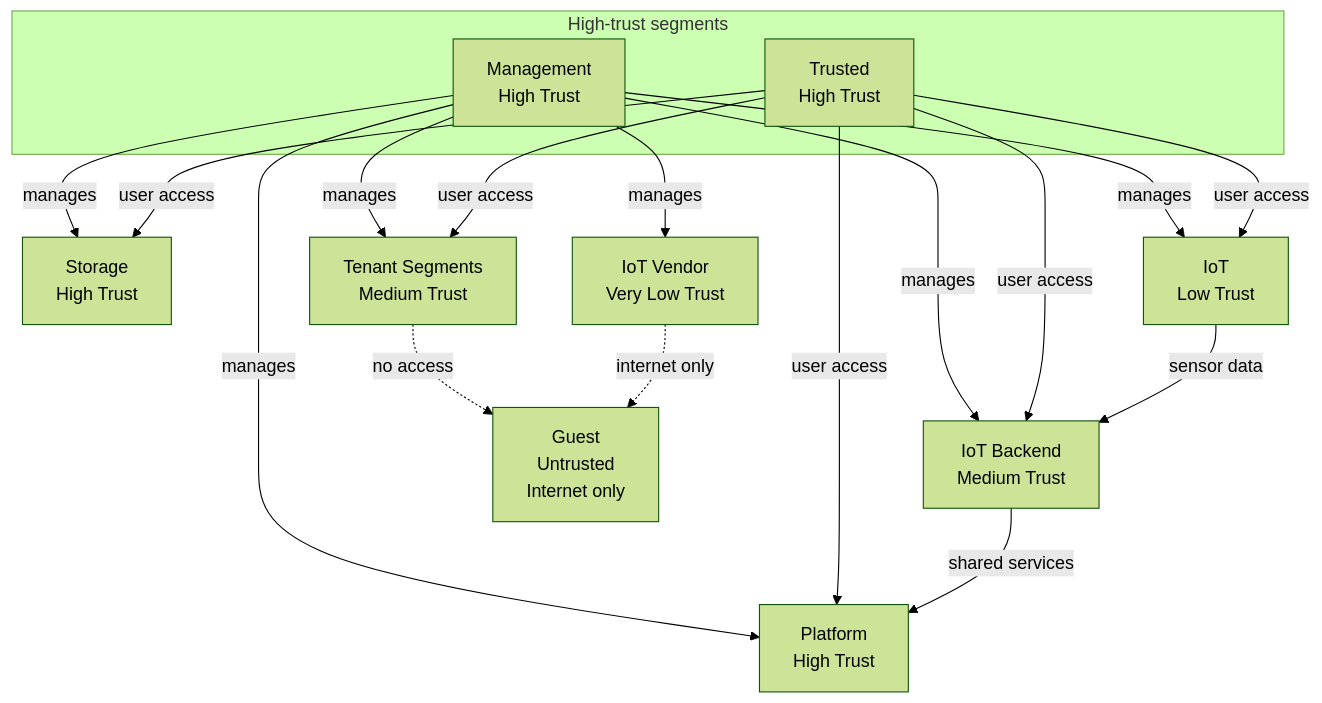
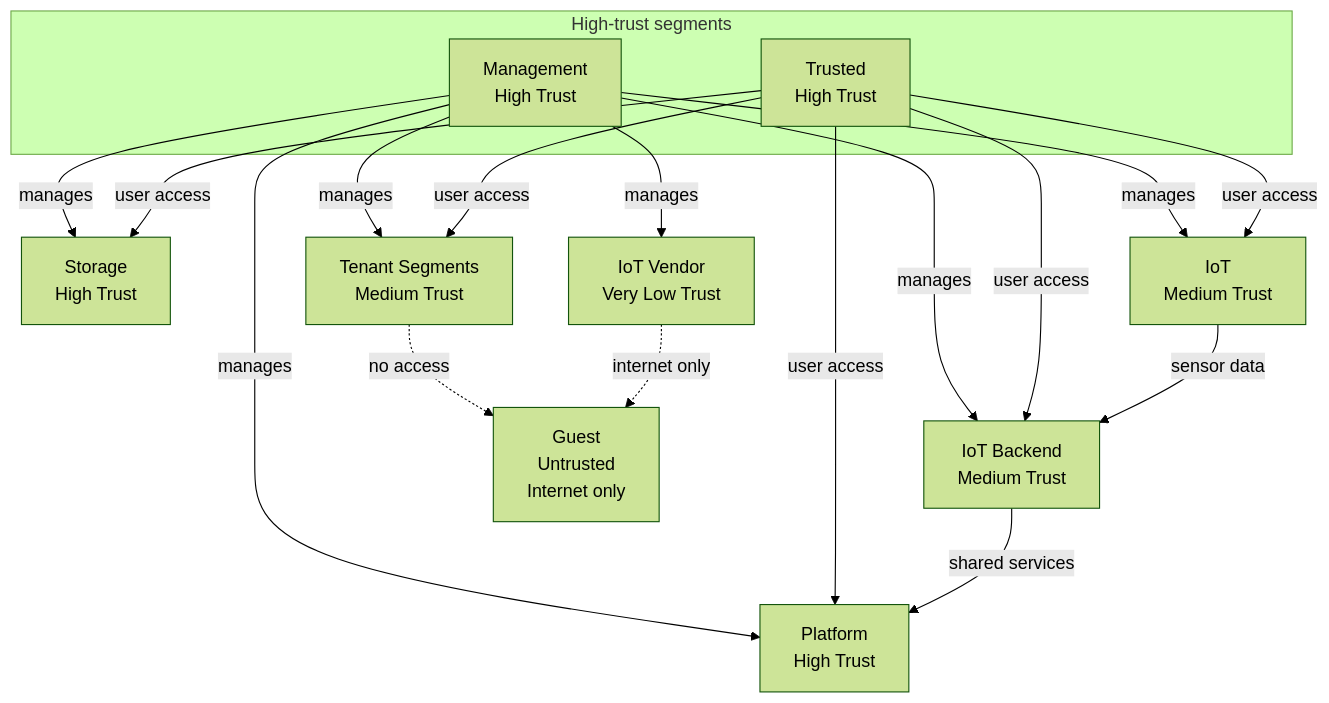
The diagram in content/docs/architecture/substrate/networking.md (deevnet/deevnet-docs), drawn with Mermaid (forest theme) before and after one commit. The commit also changed other lines of this file and 2 other files, not shown here.

First line of the commit message:
Reclassify IoT segment as medium-trust custom-developed devices

```diff
--- a/content/docs/architecture/substrate/networking.md
+++ b/content/docs/architecture/substrate/networking.md
@@ -192,25 +191,25 @@
 {{< mermaid >}}
 graph TB
     subgraph high["High-trust segments"]
         Mgmt[Management<br>High Trust]
         Trusted[Trusted<br>High Trust]
     end
 
     Mgmt -->|manages| Storage[Storage<br>High Trust]
     Mgmt -->|manages| Platform[Platform<br>High Trust]
     Mgmt -->|manages| Tenant[Tenant Segments<br>Medium Trust]
     Mgmt -->|manages| IoTBackend[IoT Backend<br>Medium Trust]
-    Mgmt -->|manages| IoT[IoT<br>Low Trust]
+    Mgmt -->|manages| IoT[IoT<br>Medium Trust]
     Mgmt -->|manages| IoTVendor[IoT Vendor<br>Very Low Trust]
     Trusted -->|user access| Storage
     Trusted -->|user access| Platform
     Trusted -->|user access| Tenant
     Trusted -->|user access| IoTBackend
     Trusted -->|user access| IoT
 
     IoT -->|sensor data| IoTBackend
     IoTBackend -->|shared services| Platform
 
     Tenant -.->|no access| Guest[Guest<br>Untrusted<br>Internet only]
     IoTVendor -.->|internet only| Guest
 {{< /mermaid >}}
```
